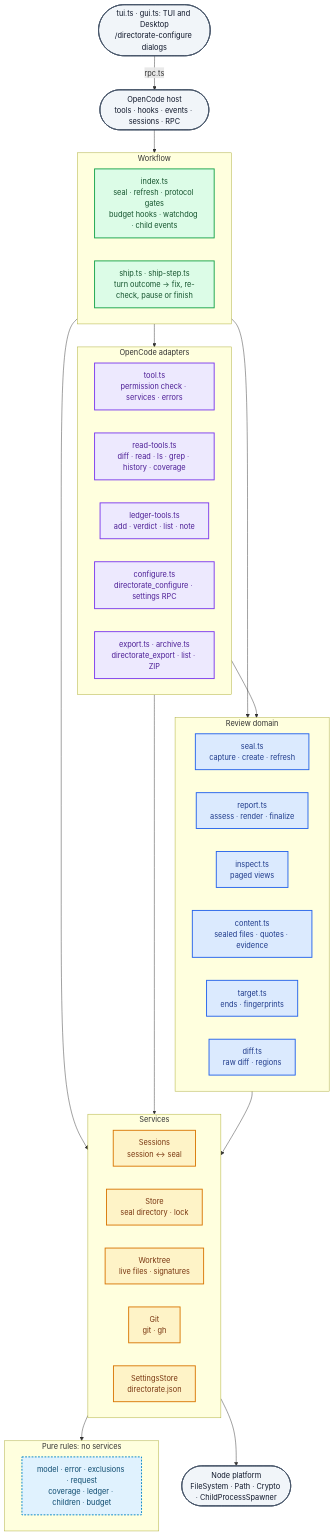
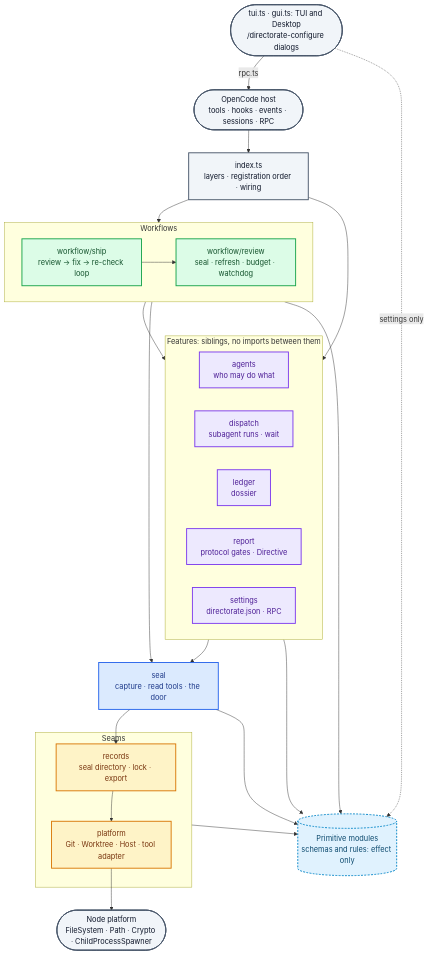
One commit to RyanCallahan312/directorate changed the seventh of 7 diagrams in packages/opencode-directorate/README.md. Above: the diagram before and after it, drawn with Mermaid. The commit also changed other lines of this file and 3 other files, not shown here.

First line of the commit message:
docs(directorate): describe the finished slice architecture

````diff
--- a/packages/opencode-directorate/README.md
+++ b/packages/opencode-directorate/README.md
@@ -382,63 +389,55 @@
 ```mermaid
 flowchart TB
-    tuiPart(["tui.ts · gui.ts: TUI and Desktop<br/>/directorate-configure dialogs"])
+    apps(["tui.ts · gui.ts: TUI and Desktop<br/>/directorate-configure dialogs"])
     host(["OpenCode host<br/>tools · hooks · events · sessions · RPC"])
+    index["index.ts<br/>layers · registration order · wiring"]
 
-    subgraph workflow["Workflow"]
-        index["index.ts<br/>seal · refresh · protocol gates<br/>budget hooks · watchdog · child events"]
-        ship["ship.ts · ship-step.ts<br/>turn outcome → fix, re-check, pause or finish"]
+    subgraph workflow["Workflows"]
+        ship["workflow/ship<br/>review → fix → re-check loop"]
+        review["workflow/review<br/>seal · refresh · budget · watchdog"]
     end
 
-    subgraph adapters["OpenCode adapters"]
-        tool["tool.ts<br/>permission check · services · errors"]
-        readTools["read-tools.ts<br/>diff · read · ls · grep · history · coverage"]
-        ledgerTools["ledger-tools.ts<br/>add · verdict · list · note"]
-        configure["configure.ts<br/>directorate_configure · settings RPC"]
-        exportTool["export.ts · archive.ts<br/>directorate_export · list · ZIP"]
+    subgraph feature["Features: siblings, no imports between them"]
+        agents["agents<br/>who may do what"]
+        dispatch["dispatch<br/>subagent runs · wait"]
+        ledger["ledger<br/>dossier"]
+        report["report<br/>protocol gates · Directive"]
+        settings["settings<br/>directorate.json · RPC"]
     end
 
-    subgraph domain["Review domain"]
-        seal["seal.ts<br/>capture · create · refresh"]
-        report["report.ts<br/>assess · render · finalize"]
-        inspect["inspect.ts<br/>paged views"]
-        content["content.ts<br/>sealed files · quotes · evidence"]
-        target["target.ts<br/>ends · fingerprints"]
-        diff["diff.ts<br/>raw diff · regions"]
+    seal["seal<br/>capture · read tools · the door"]
+
+    subgraph seams["Seams"]
+        records["records<br/>seal directory · lock · export"]
+        platform["platform<br/>Git · Worktree · Host · tool adapter"]
     end
 
-    subgraph services["Services"]
-        sessions["Sessions<br/>session ↔ seal"]
-        store["Store<br/>seal directory · lock"]
-        worktree["Worktree<br/>live files · signatures"]
-        git["Git<br/>git · gh"]
-        settings["SettingsStore<br/>directorate.json"]
-    end
-
-    subgraph rules["Pure rules: no services"]
-        pure["model · error · exclusions · request<br/>coverage · ledger · children · budget"]
-    end
-
+    prims[("Primitive modules<br/>schemas and rules: effect only")]
     node(["Node platform<br/>FileSystem · Path · Crypto · ChildProcessSpawner"])
 
-    tuiPart -- "rpc.ts" --> host
-    host --> workflow
-    workflow --> adapters
-    workflow & adapters --> domain
-    workflow & adapters --> services
-    domain --> services
-    services --> rules & node
+    apps -- "rpc.ts" --> host
+    host --> index
+    index --> workflow & feature
+    ship --> review
+    workflow --> feature
+    workflow & feature --> seal
+    seal --> records
+    records --> platform
+    platform --> node
+    apps -. "settings only" .-> prims
+    workflow & feature & seal & seams --> prims
 
     classDef hostC fill:#f1f5f9,stroke:#475569,stroke-width:2px,color:#0f172a
     classDef flowC fill:#dcfce7,stroke:#16a34a,stroke-width:2px,color:#14532d
-    classDef adaptC fill:#ede9fe,stroke:#7c3aed,stroke-width:2px,color:#4c1d95
+    classDef featC fill:#ede9fe,stroke:#7c3aed,stroke-width:2px,color:#4c1d95
     classDef domainC fill:#dbeafe,stroke:#2563eb,stroke-width:2px,color:#1e3a8a
     classDef pureC fill:#e0f2fe,stroke:#0284c7,stroke-width:2px,stroke-dasharray:4 3,color:#0c4a6e
     classDef svcC fill:#fef3c7,stroke:#d97706,stroke-width:2px,color:#78350f
 
-    class tuiPart,host,node hostC
-    class index,ship flowC
-    class tool,readTools,ledgerTools,configure,exportTool adaptC
-    class seal,report,inspect,content,target,diff domainC
-    class pure pureC
-    class sessions,store,worktree,git,settings svcC
+    class apps,host,index,node hostC
+    class ship,review flowC
+    class agents,dispatch,ledger,report,settings featC
+    class seal domainC
+    class prims pureC
+    class records,platform svcC
 ```
````
